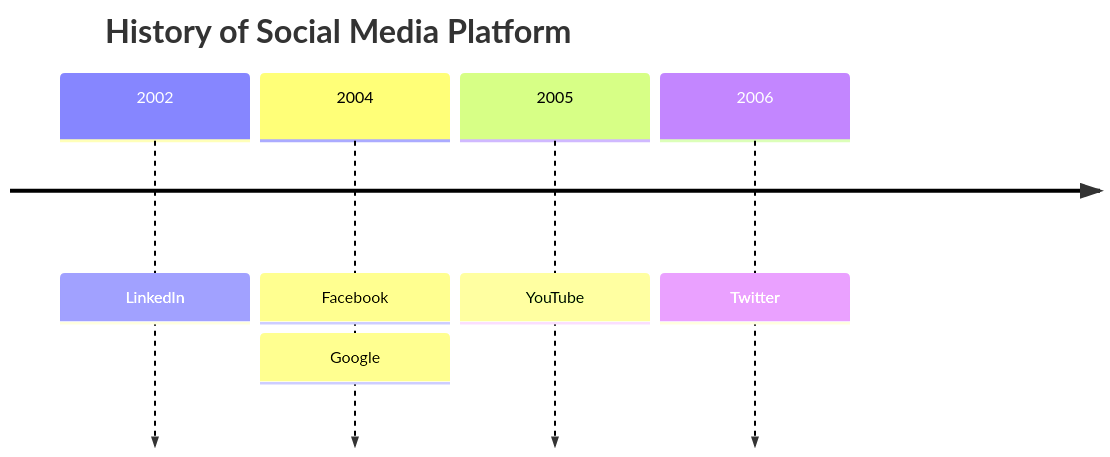
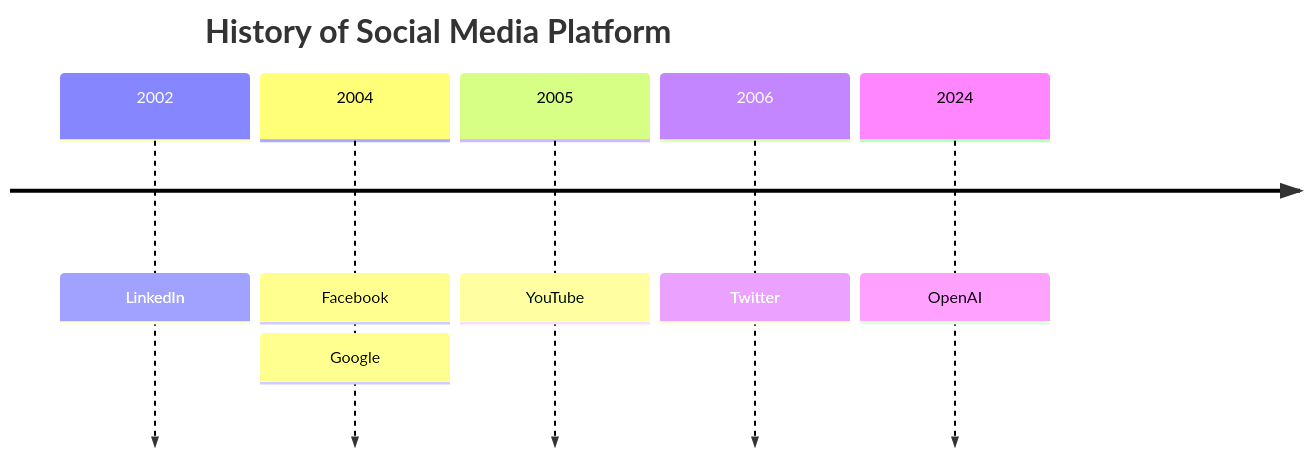
The diagram in timeline.md (jackbui2014/simplerestapi), drawn with Mermaid before and after one commit.

````diff
--- a/timeline.md
+++ b/timeline.md
@@ -1,9 +1,10 @@
 ```mermaid
 timeline
     title History of Social Media Platform
     2002 : LinkedIn
     2004 : Facebook
          : Google
     2005 : YouTube
     2006 : Twitter
+    2024 : OpenAI
 ```
````
